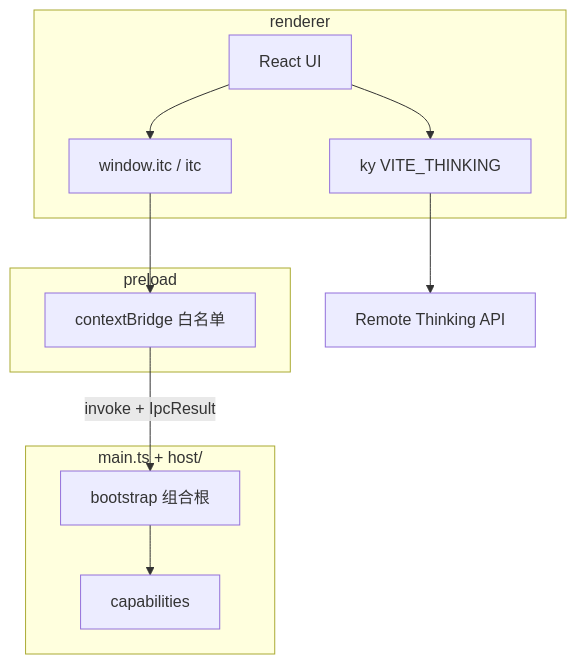
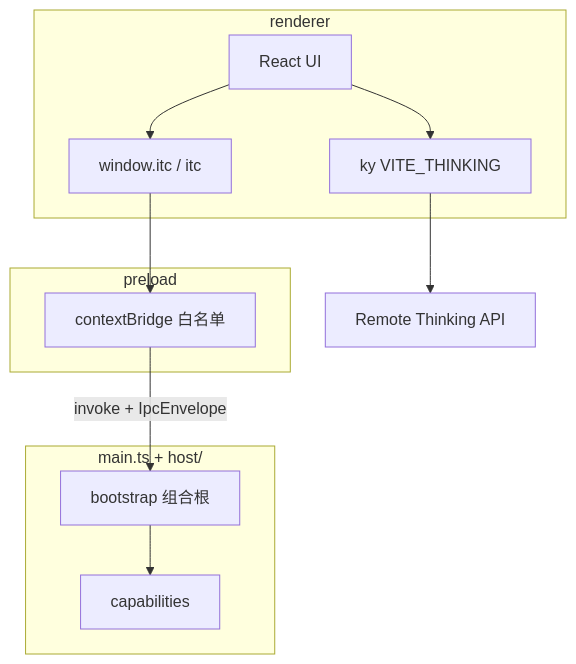
The diagram in docs/apps/studio/architecture.md (layenbrank/i-thinking), drawn with Mermaid before and after one commit. The commit also changed other lines of this file and 8 other files, not shown here.

````diff
--- a/docs/apps/studio/architecture.md
+++ b/docs/apps/studio/architecture.md
@@ -21,22 +21,22 @@
 ```mermaid
 flowchart TB
   subgraph renderer [renderer]
     UI[React UI]
     SDK["window.itc / itc"]
     HTTP[ky VITE_THINKING]
   end
   subgraph preload [preload]
     Bridge[contextBridge 白名单]
   end
   subgraph host [main.ts + host/]
     Boot[bootstrap 组合根]
     Caps[capabilities]
   end
   Cloud[Remote Thinking API]
   UI --> SDK
   SDK --> Bridge
-  Bridge -->|invoke + IpcResult| Boot
+  Bridge -->|invoke + IpcEnvelope| Boot
   Boot --> Caps
   UI --> HTTP
   HTTP --> Cloud
 ```
````
